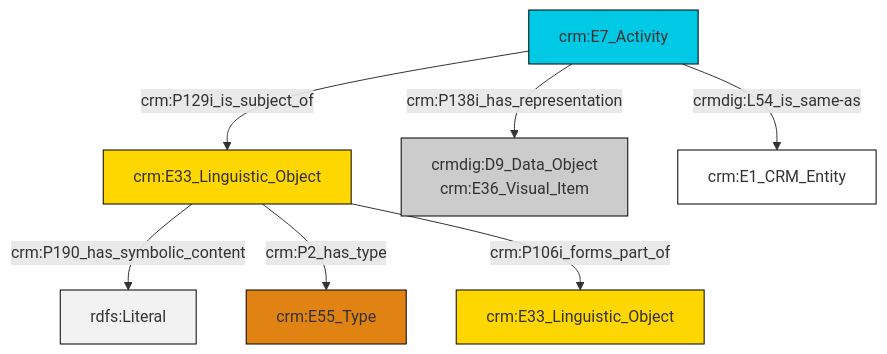
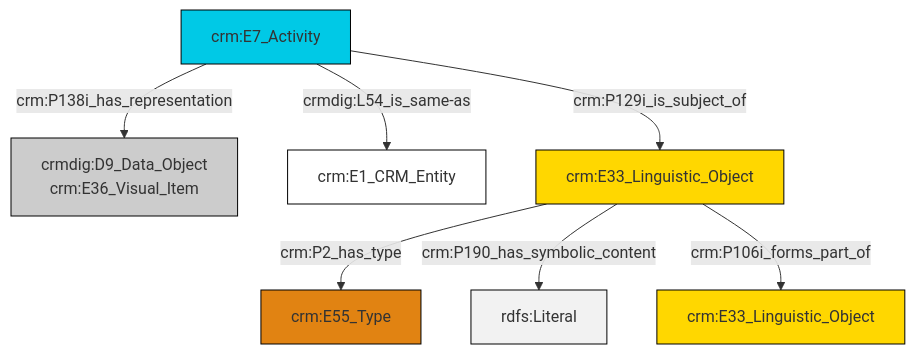
One commit to swiss-art-research-net/docs.swissartresearch changed the diagram in et/eventCSV/ttl/mmd/event_documentation.ttl.mmd. Above: the diagram before and after it, drawn with Mermaid. The commit also changed 176 other files, not shown here.

```diff
--- a/et/eventCSV/ttl/mmd/event_documentation.ttl.mmd
+++ b/et/eventCSV/ttl/mmd/event_documentation.ttl.mmd
@@ -1,21 +1,21 @@
 graph TD
 classDef Literal fill:#f2f2f2,stroke:#000000;
 classDef CRM_Entity fill:#FFFFFF,stroke:#000000;
 classDef Temporal_Entity fill:#00C9E6, stroke:#000000;
 classDef Type fill:#E18312, stroke:#000000;
 classDef Time-Span fill:#2C9C91, stroke:#000000;
 classDef Appellation fill:#FFEB7F, stroke:#000000;
 classDef Place fill:#008836, stroke:#000000;
 classDef Persistent_Item fill:#B266B2, stroke:#000000;
 classDef Conceptual_Object fill:#FFD700, stroke:#000000;
 classDef Physical_Thing fill:#D2B48C, stroke:#000000;
 classDef Actor fill:#f58aad, stroke:#000000;
 classDef PC_Classes fill:#4ce600, stroke:#000000;
 classDef Multi fill:#cccccc,stroke:#000000;
 
+0["crm:E7_Activity"]:::Temporal_Entity -->|crm:P138i_has_representation| 1["crmdig:D9_Data_Object<br>crm:E36_Visual_Item"]:::Multi
+4["crm:E33_Linguistic_Object"]:::Conceptual_Object -->|crm:P2_has_type| 5["crm:E55_Type"]:::Type
 4["crm:E33_Linguistic_Object"]:::Conceptual_Object -->|crm:P190_has_symbolic_content| 6[rdfs:Literal]:::Literal
-4["crm:E33_Linguistic_Object"]:::Conceptual_Object -->|crm:P2_has_type| 2["crm:E55_Type"]:::Type
-7["crm:E7_Activity"]:::Temporal_Entity -->|crm:P138i_has_representation| 9["crmdig:D9_Data_Object<br>crm:E36_Visual_Item"]:::Multi
-7["crm:E7_Activity"]:::Temporal_Entity -->|crm:P129i_is_subject_of| 4["crm:E33_Linguistic_Object"]:::Conceptual_Object
-7["crm:E7_Activity"]:::Temporal_Entity -->|crmdig:L54_is_same-as| 11["crm:E1_CRM_Entity"]:::CRM_Entity
-4["crm:E33_Linguistic_Object"]:::Conceptual_Object -->|crm:P106i_forms_part_of| 0["crm:E33_Linguistic_Object"]:::Conceptual_Object
+4["crm:E33_Linguistic_Object"]:::Conceptual_Object -->|crm:P106i_forms_part_of| 9["crm:E33_Linguistic_Object"]:::Conceptual_Object
+0["crm:E7_Activity"]:::Temporal_Entity -->|crmdig:L54_is_same-as| 2["crm:E1_CRM_Entity"]:::CRM_Entity
+0["crm:E7_Activity"]:::Temporal_Entity -->|crm:P129i_is_subject_of| 4["crm:E33_Linguistic_Object"]:::Conceptual_Object
```
